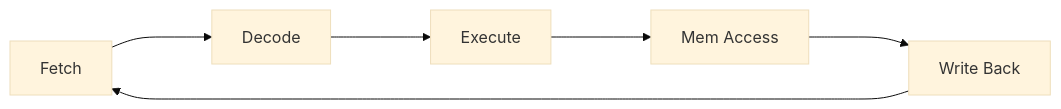
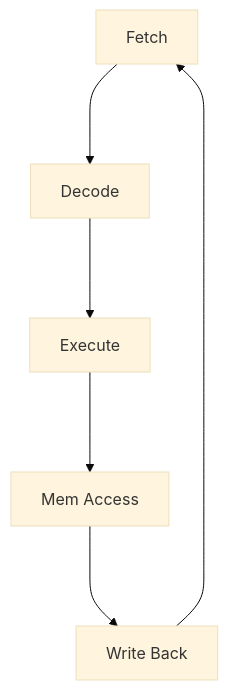
One commit to trulycaffeinated/RIT2025-26 changed the diagram in 0 CPET561/8.25.2025.md. Above: the diagram before and after it, drawn with Mermaid (base theme). The commit also changed other lines of this file, not shown here.

Commit message:
Laptop Commit {{Date}}

````diff
--- a/0 CPET561/8.25.2025.md
+++ b/0 CPET561/8.25.2025.md
@@ -31,8 +30,8 @@
 ```mermaid
-flowchart LR
+flowchart TB
 	A[Fetch] ---> B[Decode]
 	B ---> C[Execute]
 	C ---> D[Mem Access]
 	D ---> E[Write Back]
 	E ---> A
 ```
````
